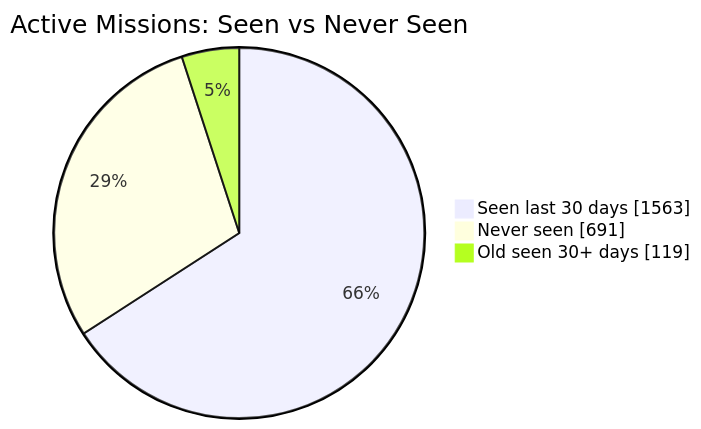
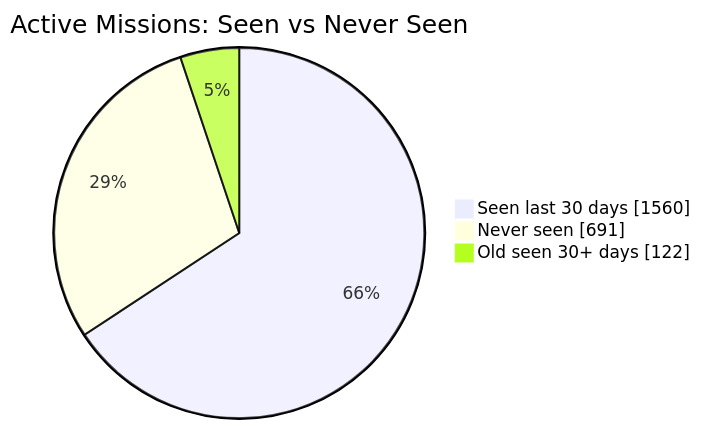
One commit to MeldkamerspelGameTeam/active-missions changed the first of 2 diagrams in README.md. Above: the diagram before and after it, drawn with Mermaid. The commit also changed other lines of this file and 2 other files, not shown here.

````diff
--- a/README.md
+++ b/README.md
@@ -34,7 +34,7 @@
 ```mermaid
 pie showData
     title Active Missions: Seen vs Never Seen
-    "Seen last 30 days" : 1563
+    "Seen last 30 days" : 1560
     "Never seen" : 691
-    "Old seen 30+ days" : 119
+    "Old seen 30+ days" : 122
 ```
````
